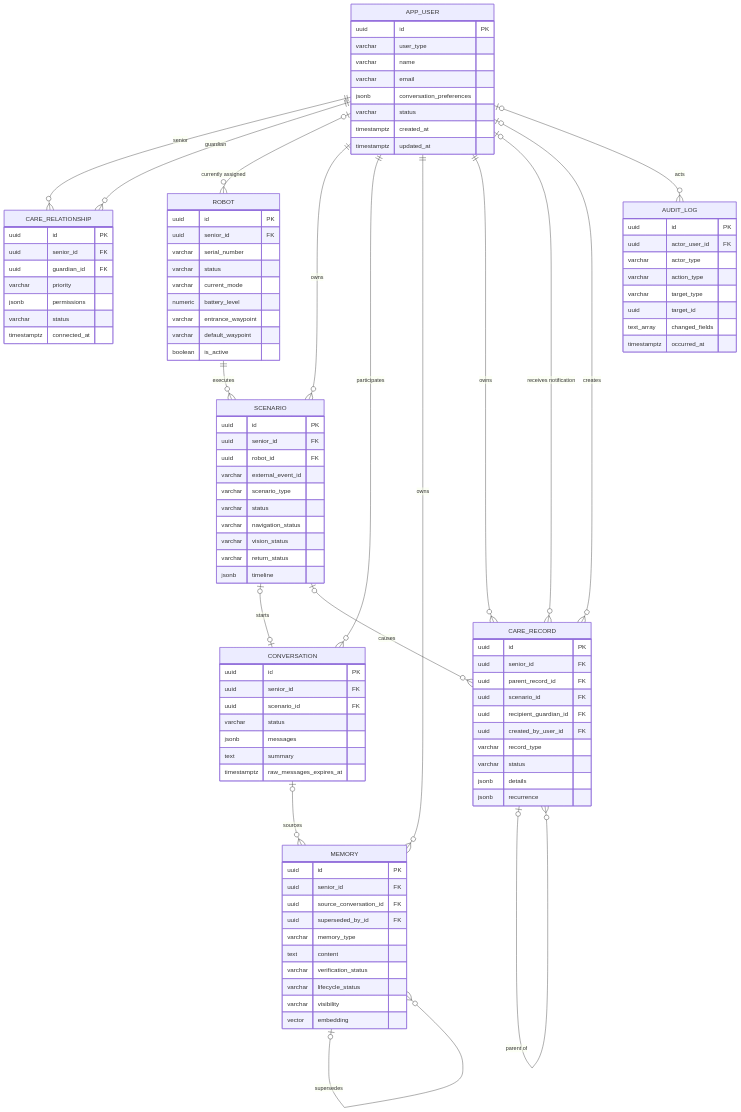
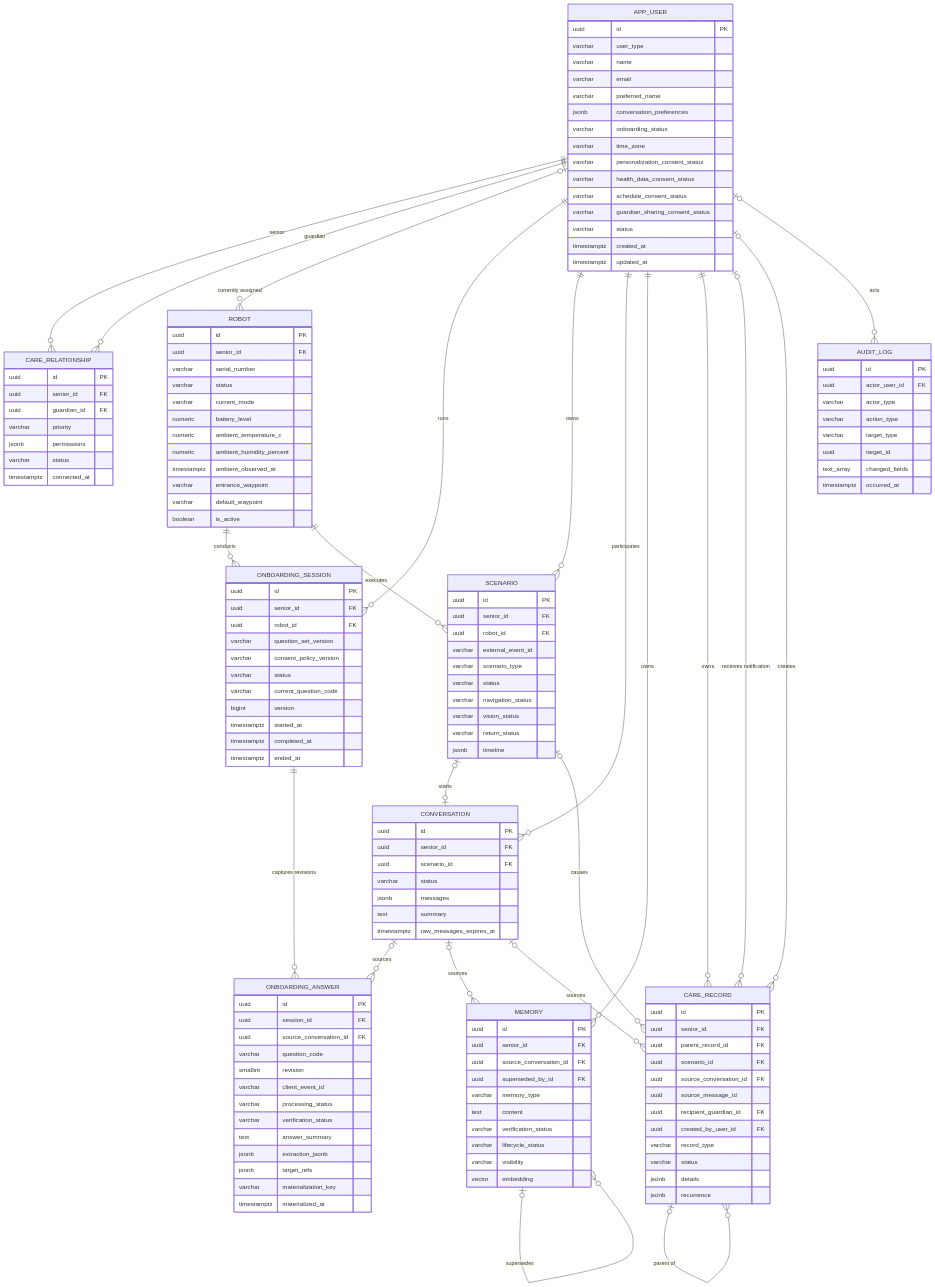
One commit to bomi-aiot/BOMI changed the first of 2 diagrams in docs/database/mvp-erd.md. Above: the diagram before and after it, drawn with Mermaid. The commit also changed other lines of this file and 22 other files, not shown here.

````diff
--- a/docs/database/mvp-erd.md
+++ b/docs/database/mvp-erd.md
@@ -130,7 +163,14 @@
         varchar user_type
         varchar name
         varchar email
+        varchar preferred_name
         jsonb conversation_preferences
+        varchar onboarding_status
+        varchar time_zone
+        varchar personalization_consent_status
+        varchar health_data_consent_status
+        varchar schedule_consent_status
+        varchar guardian_sharing_consent_status
         varchar status
         timestamptz created_at
         timestamptz updated_at
@@ -151,9 +191,40 @@
         varchar status
         varchar current_mode
         numeric battery_level
+        numeric ambient_temperature_c
+        numeric ambient_humidity_percent
+        timestamptz ambient_observed_at
         varchar entrance_waypoint
         varchar default_waypoint
         boolean is_active
+    }
+    ONBOARDING_SESSION {
+        uuid id PK
+        uuid senior_id FK
+        uuid robot_id FK
+        varchar question_set_version
+        varchar consent_policy_version
+        varchar status
+        varchar current_question_code
+        bigint version
+        timestamptz started_at
+        timestamptz completed_at
+        timestamptz ended_at
+    }
+    ONBOARDING_ANSWER {
+        uuid id PK
+        uuid session_id FK
+        uuid source_conversation_id FK
+        varchar question_code
+        smallint revision
+        varchar client_event_id
+        varchar processing_status
+        varchar verification_status
+        text answer_summary
+        jsonb extraction_jsonb
+        jsonb target_refs
+        varchar materialization_key
+        timestamptz materialized_at
     }
     SCENARIO {
         uuid id PK
@@ -193,6 +264,8 @@
         uuid senior_id FK
         uuid parent_record_id FK
         uuid scenario_id FK
+        uuid source_conversation_id FK
+        uuid source_message_id
         uuid recipient_guardian_id FK
         uuid created_by_user_id FK
         varchar record_type
@@ -214,6 +287,10 @@
     APP_USER ||--o{ CARE_RELATIONSHIP : "senior"
     APP_USER ||--o{ CARE_RELATIONSHIP : "guardian"
     APP_USER o|--o{ ROBOT : "currently assigned"
+    APP_USER ||--o{ ONBOARDING_SESSION : "runs"
+    ROBOT ||--o{ ONBOARDING_SESSION : "conducts"
+    ONBOARDING_SESSION ||--o{ ONBOARDING_ANSWER : "captures revisions"
+    CONVERSATION o|--o{ ONBOARDING_ANSWER : "sources"
     APP_USER ||--o{ SCENARIO : "owns"
     ROBOT ||--o{ SCENARIO : "executes"
     APP_USER ||--o{ CONVERSATION : "participates"
@@ -225,6 +302,7 @@
     APP_USER o|--o{ CARE_RECORD : "receives notification"
     APP_USER o|--o{ CARE_RECORD : "creates"
     SCENARIO o|--o{ CARE_RECORD : "causes"
+    CONVERSATION o|--o{ CARE_RECORD : "sources"
     CARE_RECORD o|--o{ CARE_RECORD : "parent of"
     APP_USER o|--o{ AUDIT_LOG : "acts"
 ```
````
